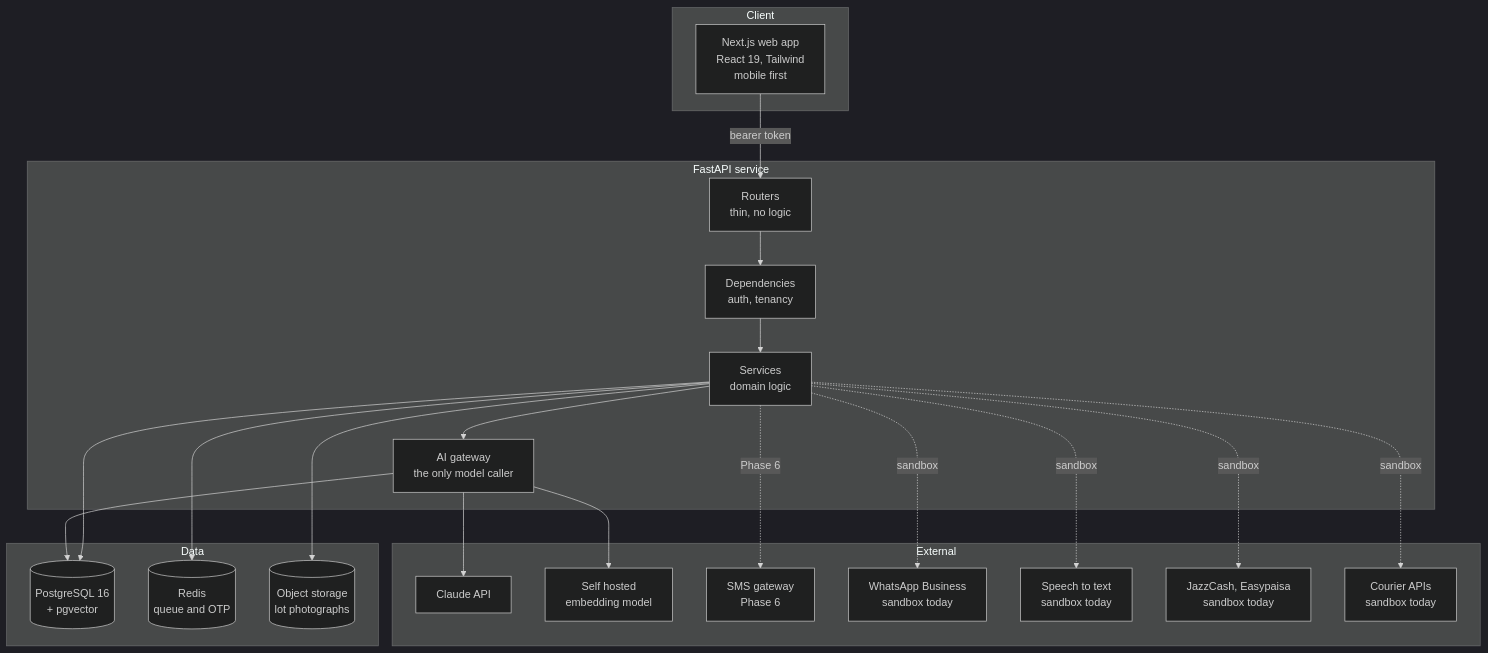
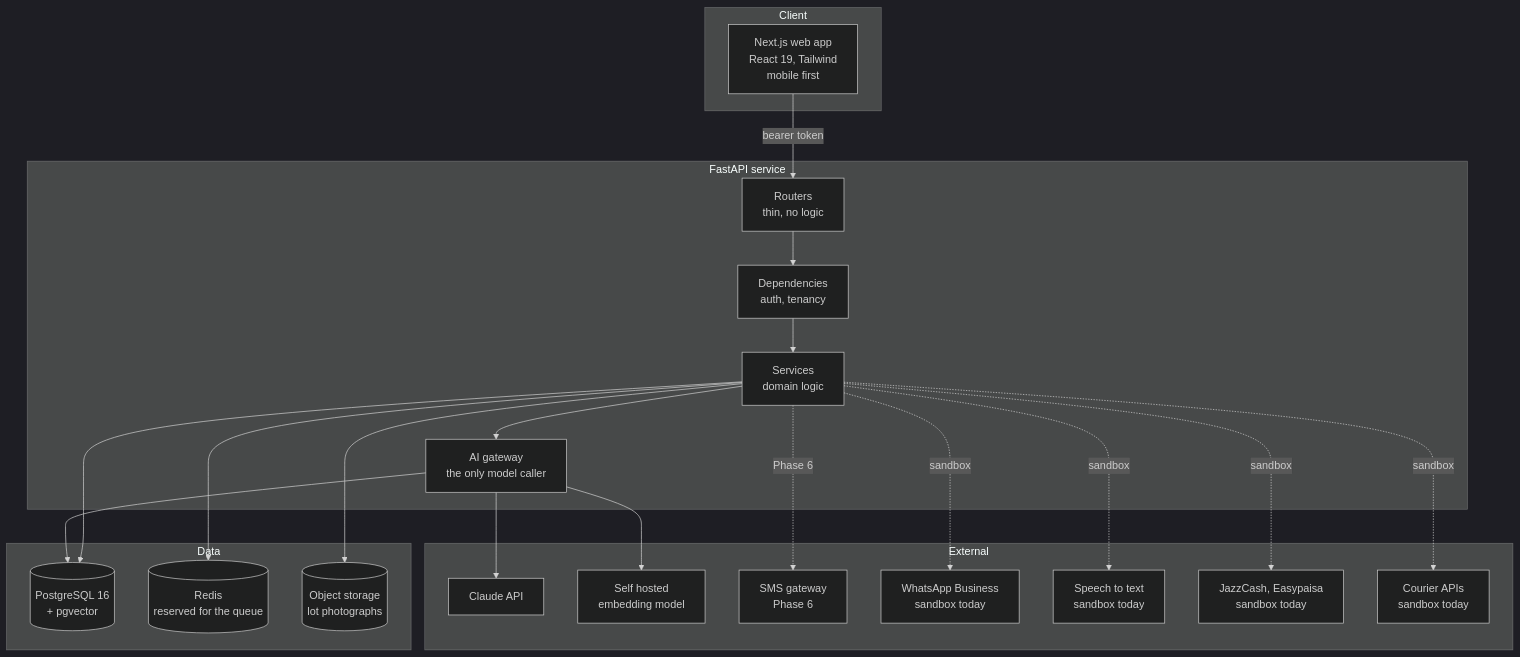
The first of 3 diagrams in docs/architecture.md (Syedo-maker/khazana-outlet), drawn with Mermaid (dark theme) before and after one commit. The commit also changed other lines of this file and 17 other files, not shown here.

````diff
--- a/docs/architecture.md
+++ b/docs/architecture.md
@@ -8,45 +8,45 @@
 ```mermaid
 flowchart TB
     subgraph client["Client"]
         web["Next.js web app<br/>React 19, Tailwind<br/>mobile first"]
     end
 
     subgraph api["FastAPI service"]
         routers["Routers<br/>thin, no logic"]
         deps["Dependencies<br/>auth, tenancy"]
         services["Services<br/>domain logic"]
         gateway["AI gateway<br/>the only model caller"]
     end
 
     subgraph data["Data"]
         pg[("PostgreSQL 16<br/>+ pgvector")]
-        redis[("Redis<br/>queue and OTP")]
+        redis[("Redis<br/>reserved for the queue")]
         blob[("Object storage<br/>lot photographs")]
     end
 
     subgraph external["External"]
         claude["Claude API"]
         embed["Self hosted<br/>embedding model"]
         sms["SMS gateway<br/>Phase 6"]
         wa["WhatsApp Business<br/>sandbox today"]
         speech["Speech to text<br/>sandbox today"]
         pay["JazzCash, Easypaisa<br/>sandbox today"]
         courier["Courier APIs<br/>sandbox today"]
     end
 
     web -->|"bearer token"| routers
     routers --> deps
     deps --> services
     services --> gateway
     services --> pg
     services --> redis
     services --> blob
     gateway --> claude
     gateway --> embed
     gateway --> pg
     services -.->|"Phase 6"| sms
     services -.->|"sandbox"| wa
     services -.->|"sandbox"| speech
     services -.->|"sandbox"| pay
     services -.->|"sandbox"| courier
 ```
````
